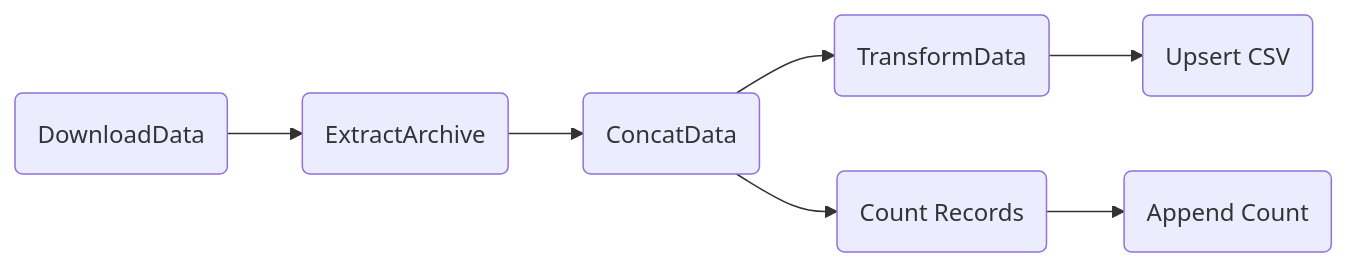
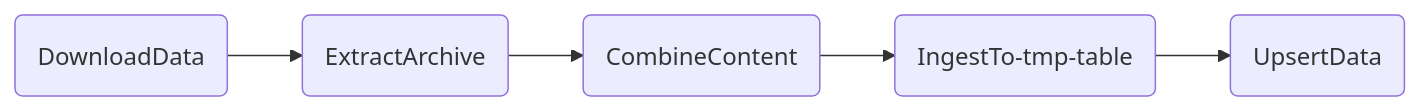
Before and after one commit to darren-sm/Weather-Data-Pipeline: the diagram in README.md, drawn with Mermaid. The commit also changed other lines of this file and 3 other files, not shown here.

````diff
--- a/README.md
+++ b/README.md
@@ -11,10 +19,8 @@
 ```mermaid
 graph LR
 A(DownloadData) 
 A --> B(ExtractArchive)
-B --> C(ConcatData)
-C --> D(TransformData)
-D --> E(Upsert CSV)
-C --> X(Count Records)
-X --> Y(Append Count)
+B --> C(CombineContent)
+C --> D(IngestTo-tmp-table)
+D --> E(UpsertData)
 ```
````
